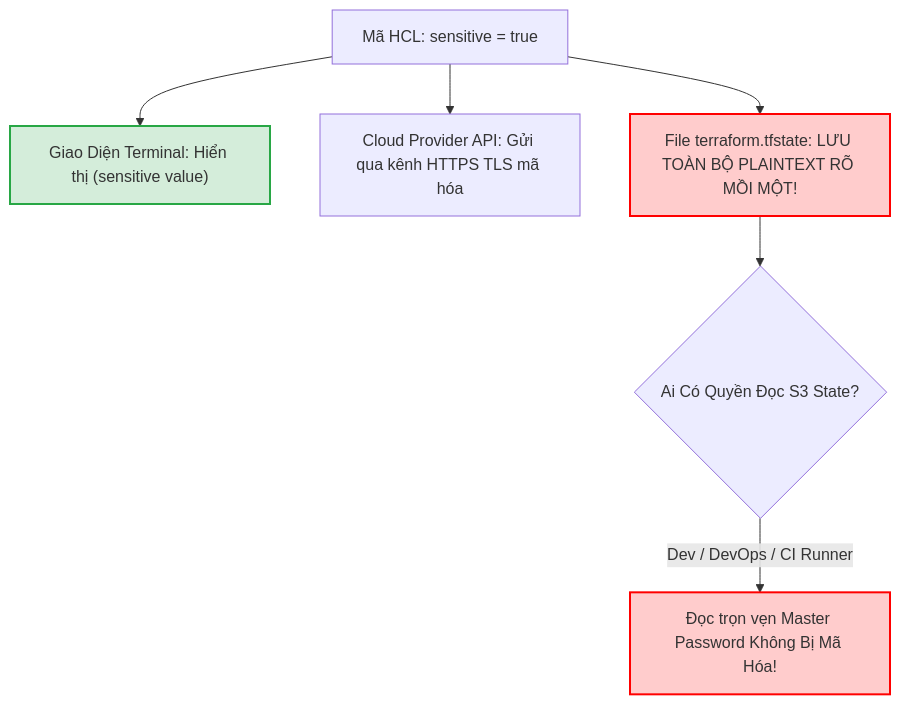
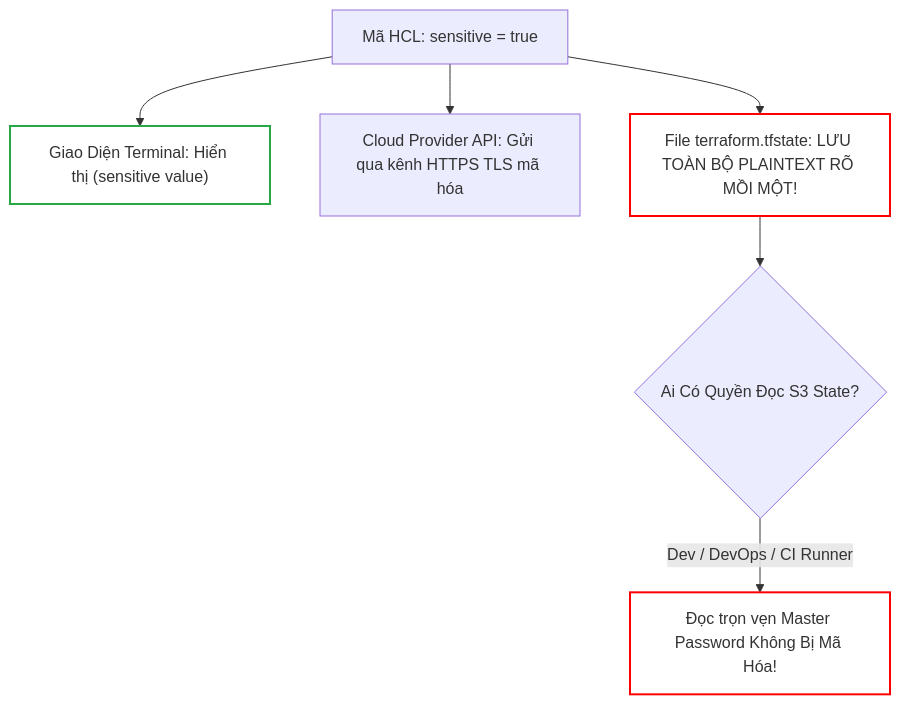
Before and after one commit to kiennt308/ntk: the first of 7 diagrams in _posts/2026-09-13-terraform-20-20-quan-ly-secrets-va-du-lieu-sensitive-trong-terraform.md, drawn with Mermaid. The commit also changed other lines of this file and 207 other files, not shown here.

Commit message:
feat(posts): batch standardize all 208 posts with TL;DR, qa-card accordion, fill:none mermaid, and liquid raw wrappers

````diff
--- a/_posts/2026-09-13-terraform-20-20-quan-ly-secrets-va-du-lieu-sensitive-trong-terraform.md
+++ b/_posts/2026-09-13-terraform-20-20-quan-ly-secrets-va-du-lieu-sensitive-trong-terraform.md
@@ -61,14 +65,14 @@
 ```mermaid
 flowchart TD
     A["Mã HCL: sensitive = true"] --> B["Giao Diện Terminal: Hiển thị (sensitive value)"]
     A --> C["Cloud Provider API: Gửi qua kênh HTTPS TLS mã hóa"]
     A --> D["File terraform.tfstate: LƯU TOÀN BỘ PLAINTEXT RÕ MỒI MỘT!"]
     D --> E{Ai Có Quyền Đọc S3 State?}
     E -->|Dev / DevOps / CI Runner| F["Đọc trọn vẹn Master Password Không Bị Mã Hóa!"]
 
-    style D fill:#ffcccc,stroke:#ff0000,stroke-width:2px
-    style F fill:#ffcccc,stroke:#ff0000,stroke-width:2px
-    style B fill:#d4edda,stroke:#28a745,stroke-width:2px
+    style D fill:none,stroke:#ff0000,stroke-width:2px
+    style F fill:none,stroke:#ff0000,stroke-width:2px
+    style B fill:none,stroke:#28a745,stroke-width:2px
 
 
 ```
````
